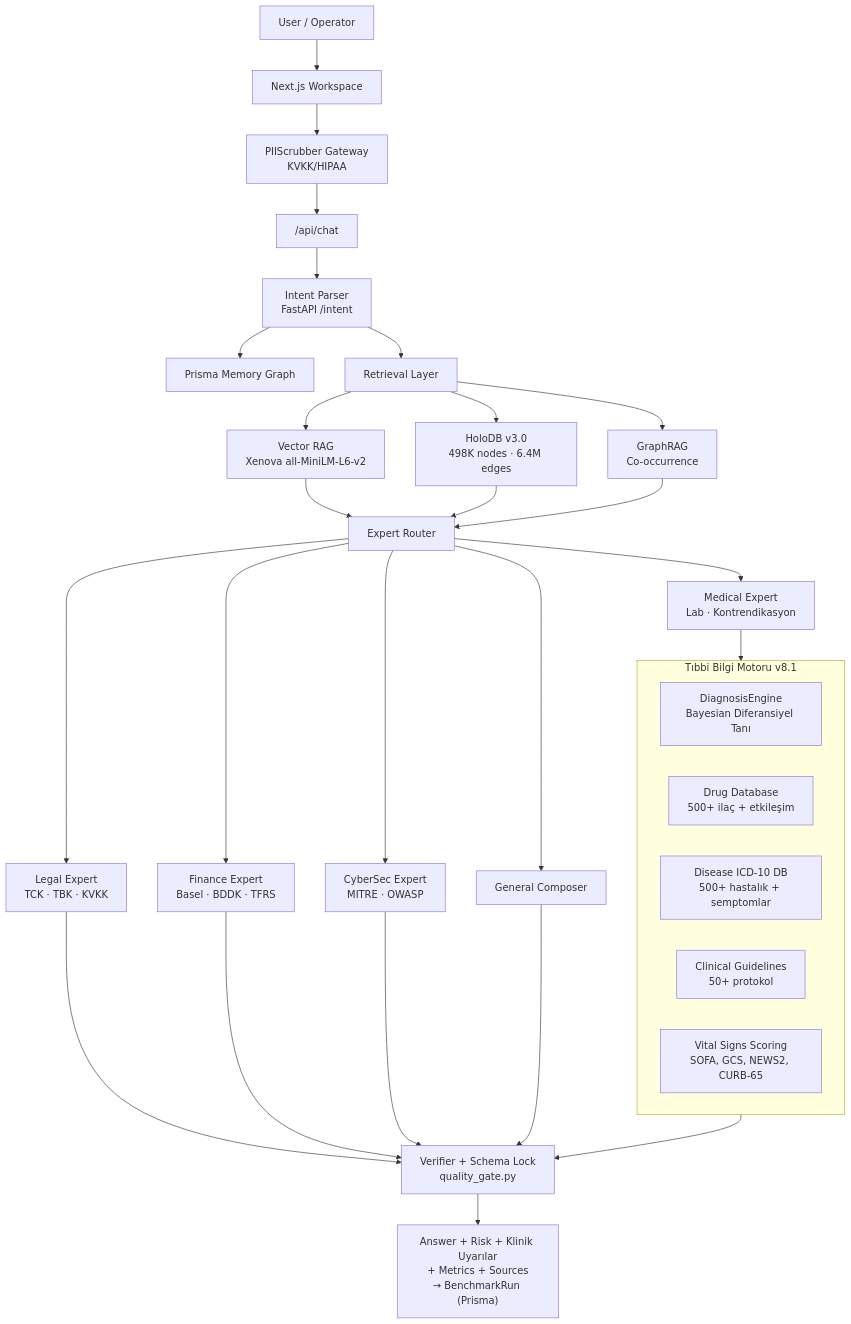
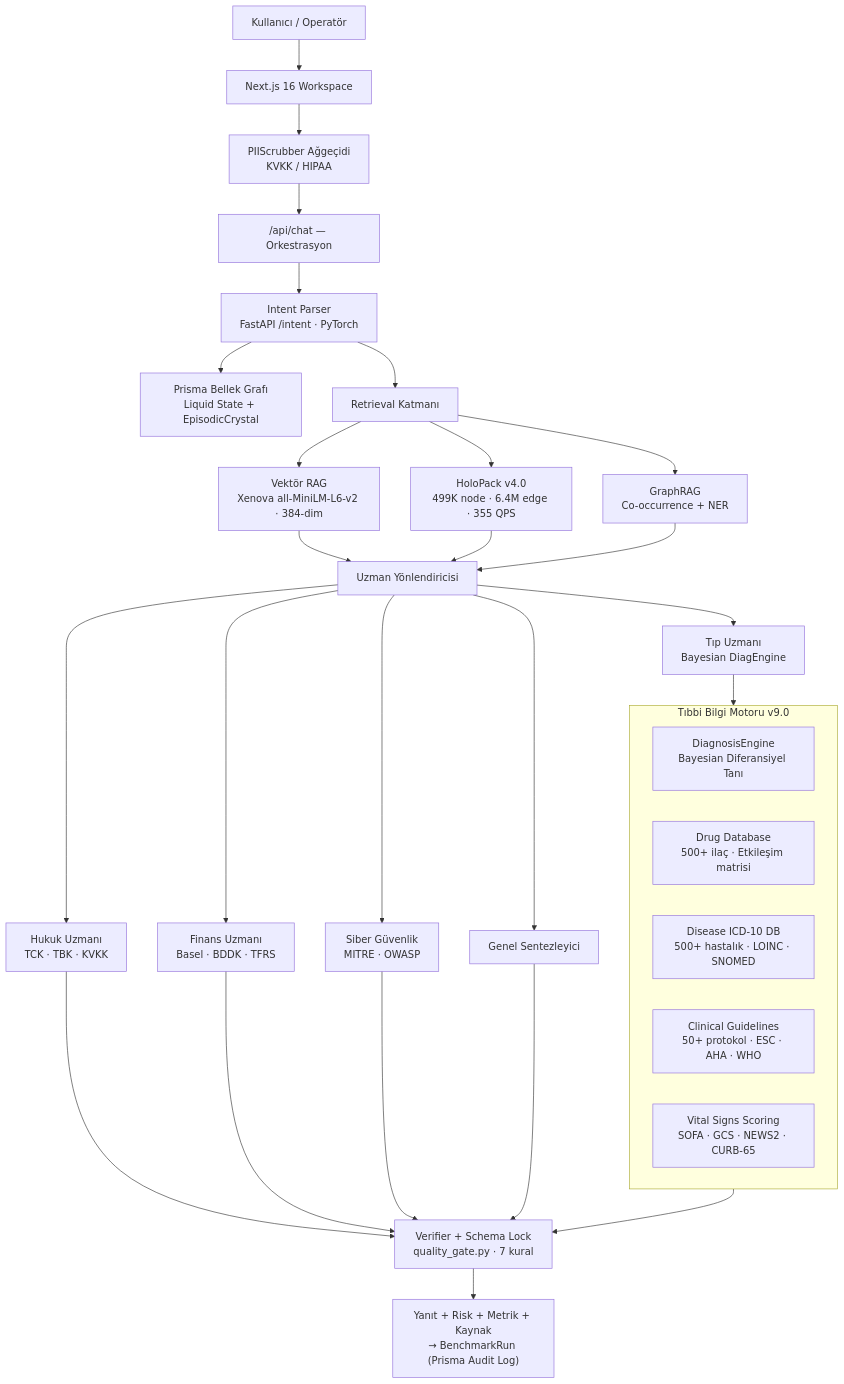
One commit to sakipfikrret/OmniEngine changed the first of 2 diagrams in WHITEPAPER.md. Above: the diagram before and after it, drawn with Mermaid. The commit also changed other lines of this file and 1 other file, not shown here.

````diff
--- a/WHITEPAPER.md
+++ b/WHITEPAPER.md
@@ -47,36 +54,36 @@
 ```mermaid
 flowchart TD
-  U["User / Operator"] --> UI["Next.js Workspace"]
-  UI --> PII["PIIScrubber Gateway\nKVKK/HIPAA"]
-  PII --> API["/api/chat"]
-  API --> IP["Intent Parser\nFastAPI /intent"]
-  IP --> MEM["Prisma Memory Graph"]
-  IP --> RET["Retrieval Layer"]
-  RET --> VEC["Vector RAG\nXenova all-MiniLM-L6-v2"]
-  RET --> HDB["HoloDB v3.0\n498K nodes · 6.4M edges"]
-  RET --> GR["GraphRAG\nCo-occurrence"]
-  VEC --> ROUTER["Expert Router"]
-  HDB --> ROUTER
-  GR --> ROUTER
-  ROUTER --> LEG["Legal Expert\nTCK · TBK · KVKK"]
-  ROUTER --> MED["Medical Expert\nLab · Kontrendikasyon"]
-  ROUTER --> FIN["Finance Expert\nBasel · BDDK · TFRS"]
-  ROUTER --> CYB["CyberSec Expert\nMITRE · OWASP"]
-  ROUTER --> GEN["General Composer"]
+    U["Kullanıcı / Operatör"] --> UI["Next.js 16 Workspace"]
+    UI --> PII["PIIScrubber Ağgeçidi\nKVKK / HIPAA"]
+    PII --> API["/api/chat — Orkestrasyon"]
+    API --> IP["Intent Parser\nFastAPI /intent · PyTorch"]
+    IP --> MEM["Prisma Bellek Grafı\nLiquid State + EpisodicCrystal"]
+    IP --> RET["Retrieval Katmanı"]
+    RET --> VEC["Vektör RAG\nXenova all-MiniLM-L6-v2 · 384-dim"]
+    RET --> HDB["HoloPack v4.0\n499K node · 6.4M edge · 355 QPS"]
+    RET --> GR["GraphRAG\nCo-occurrence + NER"]
+    VEC --> ROUTER["Uzman Yönlendiricisi"]
+    HDB --> ROUTER
+    GR --> ROUTER
+    ROUTER --> LEG["Hukuk Uzmanı\nTCK · TBK · KVKK"]
+    ROUTER --> MED["Tıp Uzmanı\nBayesian DiagEngine"]
+    ROUTER --> FIN["Finans Uzmanı\nBasel · BDDK · TFRS"]
+    ROUTER --> CYB["Siber Güvenlik\nMITRE · OWASP"]
+    ROUTER --> GEN["Genel Sentezleyici"]
 
-  subgraph MEDSYS["Tıbbi Bilgi Motoru v8.1"]
-    DE["DiagnosisEngine\nBayesian Diferansiyel Tanı"]
-    DDB["Drug Database\n500+ ilaç + etkileşim"]
-    DIS["Disease ICD-10 DB\n500+ hastalık + semptomlar"]
-    GL["Clinical Guidelines\n50+ protokol"]
-    VS["Vital Signs Scoring\nSOFA, GCS, NEWS2, CURB-65"]
-  end
+    subgraph MEDSYS["Tıbbi Bilgi Motoru v9.0"]
+        DE["DiagnosisEngine\nBayesian Diferansiyel Tanı"]
+        DDB["Drug Database\n500+ ilaç · Etkileşim matrisi"]
+        DIS["Disease ICD-10 DB\n500+ hastalık · LOINC · SNOMED"]
+        GL["Clinical Guidelines\n50+ protokol · ESC · AHA · WHO"]
+        VS["Vital Signs Scoring\nSOFA · GCS · NEWS2 · CURB-65"]
+    end
 
-  MED --> MEDSYS
-  MEDSYS --> VER["Verifier + Schema Lock\nquality_gate.py"]
-  LEG --> VER
-  FIN --> VER
-  CYB --> VER
-  GEN --> VER
-  VER --> OUT["Answer + Risk + Klinik Uyarılar\n+ Metrics + Sources\n→ BenchmarkRun (Prisma)"]
+    MED --> MEDSYS
+    MEDSYS --> VER["Verifier + Schema Lock\nquality_gate.py · 7 kural"]
+    LEG --> VER
+    FIN --> VER
+    CYB --> VER
+    GEN --> VER
+    VER --> OUT["Yanıt + Risk + Metrik + Kaynak\n→ BenchmarkRun (Prisma Audit Log)"]
 ```
````
